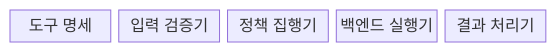
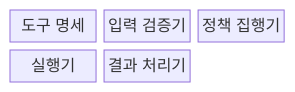
The first of 2 diagrams in src/content/docs/notes/08-latest-tech/010_mcp_tool.md (agnusdei1207/knowledge-base), drawn with Mermaid before and after one commit. The commit also changed other lines of this file and 59 other files, not shown here.

````diff
--- a/src/content/docs/notes/08-latest-tech/010_mcp_tool.md
+++ b/src/content/docs/notes/08-latest-tech/010_mcp_tool.md
@@ -50,9 +50,9 @@
 ```mermaid
 block-beta
-    columns 5
+    columns 3
     D["도구 명세"]
     V["입력 검증기"]
     P["정책 집행기"]
-    E["백엔드 실행기"]
+    E["실행기"]
     R["결과 처리기"]
 ```
````
